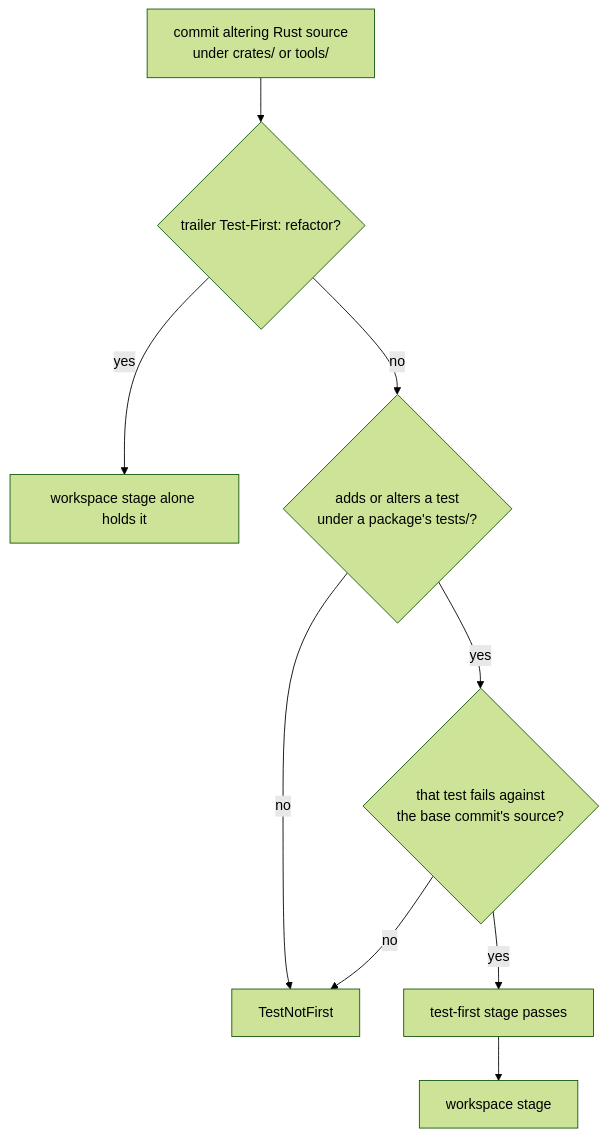
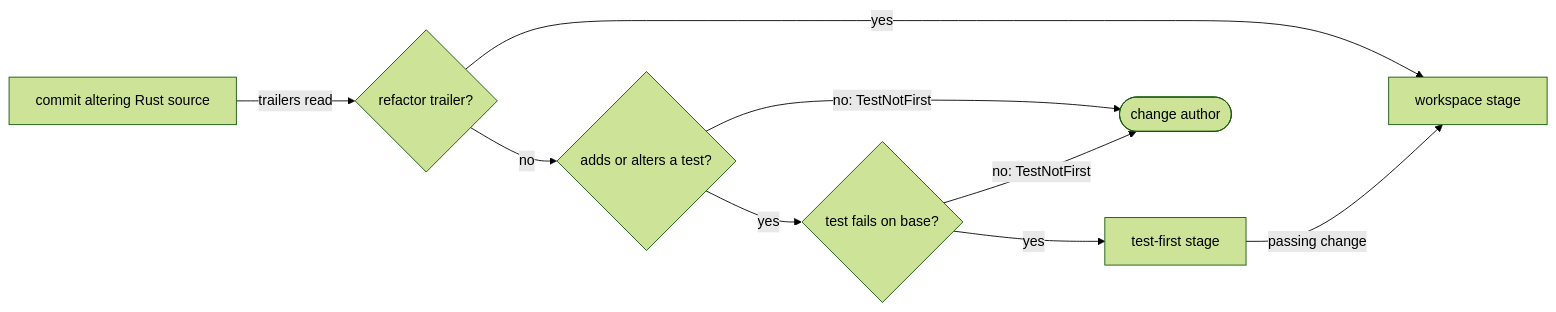
The second of 3 diagrams in spec/81-engineering.md (fractalboxdev/contextful), drawn with Mermaid (forest theme) before and after one commit. The commit also changed other lines of this file and 44 other files, not shown here.

First line of the commit message:
spec: diagrams draw entities and flows, and the checker enforces it (#12)

````diff
--- a/spec/81-engineering.md
+++ b/spec/81-engineering.md
@@ -97,11 +98,11 @@
 ```mermaid
-flowchart TD
-  CH["commit altering Rust source<br/>under crates/ or tools/"] --> TR{"trailer Test-First: refactor?"}
-  TR -- yes --> WS["workspace stage alone holds it"]
-  TR -- no --> T{"adds or alters a test<br/>under a package's tests/?"}
-  T -- no --> E1["TestNotFirst"]
-  T -- yes --> B{"that test fails against<br/>the base commit's source?"}
-  B -- no --> E1
-  B -- yes --> OK["test-first stage passes"]
-  OK --> WS2["workspace stage"]
+flowchart LR
+  CH["commit altering Rust source"] -->|"trailers read"| TR{"refactor trailer?"}
+  TR -->|"yes"| WS["workspace stage"]
+  TR -->|"no"| T{"adds or alters a test?"}
+  T -->|"no: TestNotFirst"| AUTH(["change author"])
+  T -->|"yes"| B{"test fails on base?"}
+  B -->|"no: TestNotFirst"| AUTH
+  B -->|"yes"| OK["test-first stage"]
+  OK -->|"passing change"| WS
 ```
````
